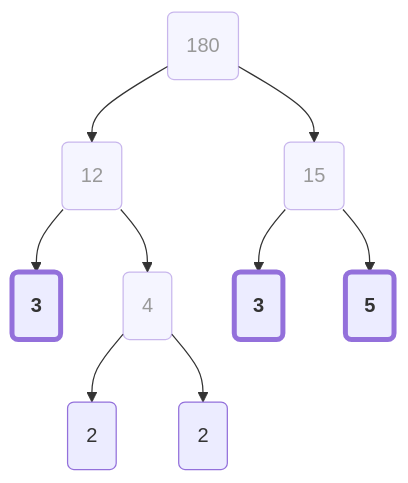
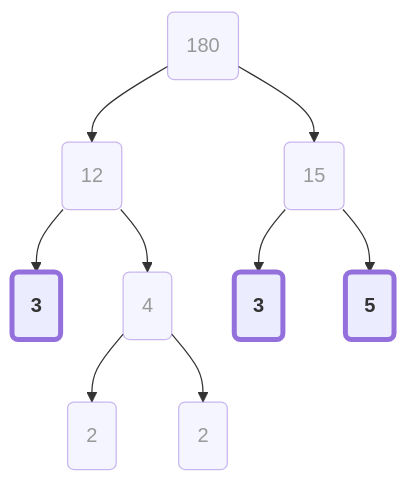
Before and after one commit to tinkermeister-42/Algebra1: the sixth of 16 diagrams in chapters/Unit_1/1.3_GCF_&_Simplifying_Fractions.qmd, drawn with Mermaid. The commit also changed other lines of this file and 41 other files, not shown here.

````diff
--- a/chapters/Unit_1/1.3_GCF_&_Simplifying_Fractions.qmd
+++ b/chapters/Unit_1/1.3_GCF_&_Simplifying_Fractions.qmd
@@ -210,32 +211,35 @@
 ```{mermaid}
+%%| mermaid-format: png
 %%| label: mermaid-diagram
 %%| fit-align: center
 %%| fig-cap: " "
 flowchart TB
     node_0("180")
     node_1_0_1("12")
     node_0 --> node_1_0_1
     node_1_0_2_0_2("3")
     node_1_0_1 --> node_1_0_2_0_2
     node_1_0_2_1_2("4")
     node_1_0_1 --> node_1_0_2_1_2
     node_1_0_2_1_3_0_3("2")
     node_1_0_2_1_2 --> node_1_0_2_1_3_0_3
     node_1_0_2_1_3_1_3("2")
     node_1_0_2_1_2 --> node_1_0_2_1_3_1_3
     node_1_1_1("15")
     node_0 --> node_1_1_1
     node_1_1_2_0_2("3")
     node_1_1_1 --> node_1_1_2_0_2
     node_1_1_2_1_2("5")
     node_1_1_1 --> node_1_1_2_1_2
 
     style node_0 opacity:0.5,color:#999
     style node_1_0_1 opacity:0.5,color:#999
     style node_1_1_1 opacity:0.5,color:#999
     style node_1_0_2_1_2 opacity:0.5,color:#999
     style node_1_0_2_0_2 stroke-width:4px,font-weight:bold
     style node_1_1_2_0_2 stroke-width:4px,font-weight:bold
     style node_1_1_2_1_2 stroke-width:4px,font-weight:bold
+    style node_1_0_2_1_3_0_3 opacity:0.5,color:#999
+    style node_1_0_2_1_3_1_3 opacity:0.5,color:#999
 
 ```
````
